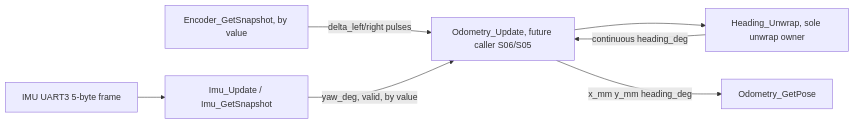
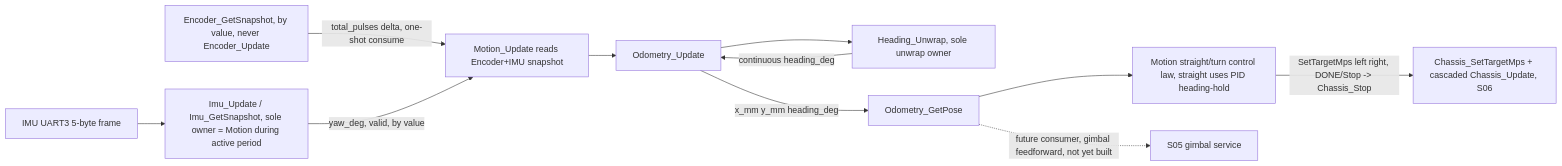
One commit to AigisYangyan/2026_NUEDC changed the sixth of 6 diagrams in agent/api_architecture_topology.md. Above: the diagram before and after it, drawn with Mermaid. The commit also changed other lines of this file and 2 other files, not shown here.

First line of the commit message:
docs: 拓扑同步 S06 —— motion 数据流实线 + V21/V23 + §15.5 审计处置 + §3 DONE

````diff
--- a/agent/api_architecture_topology.md
+++ b/agent/api_architecture_topology.md
@@ -161,9 +161,13 @@
 ```mermaid
 flowchart LR
-  ImuUartDev[IMU UART3 5-byte frame] --> ImuDrv[Imu_Update / Imu_GetSnapshot]
-  EncSnap[Encoder_GetSnapshot, by value] -->|delta_left/right pulses| OdomUpdate[Odometry_Update, future caller S06/S05]
-  ImuDrv -->|yaw_deg, valid, by value| OdomUpdate
+  ImuUartDev[IMU UART3 5-byte frame] --> ImuDrv[Imu_Update / Imu_GetSnapshot, sole owner = Motion during active period]
+  EncSnap[Encoder_GetSnapshot, by value, never Encoder_Update] -->|total_pulses delta, one-shot consume| MotionRead[Motion_Update reads Encoder+IMU snapshot]
+  ImuDrv -->|yaw_deg, valid, by value| MotionRead
+  MotionRead --> OdomUpdate[Odometry_Update]
   OdomUpdate --> HeadingMod[Heading_Unwrap, sole unwrap owner]
   HeadingMod -->|continuous heading_deg| OdomUpdate
   OdomUpdate -->|x_mm y_mm heading_deg| Pose[Odometry_GetPose]
+  Pose --> MotionLaw[Motion straight/turn control law, straight uses PID heading-hold]
+  MotionLaw -->|SetTargetMps left right, DONE/Stop -> Chassis_Stop| Chassis[Chassis_SetTargetMps + cascaded Chassis_Update, S06]
+  Pose -.->|future consumer, gimbal feedforward, not yet built| S05[S05 gimbal service]
 ```
````
